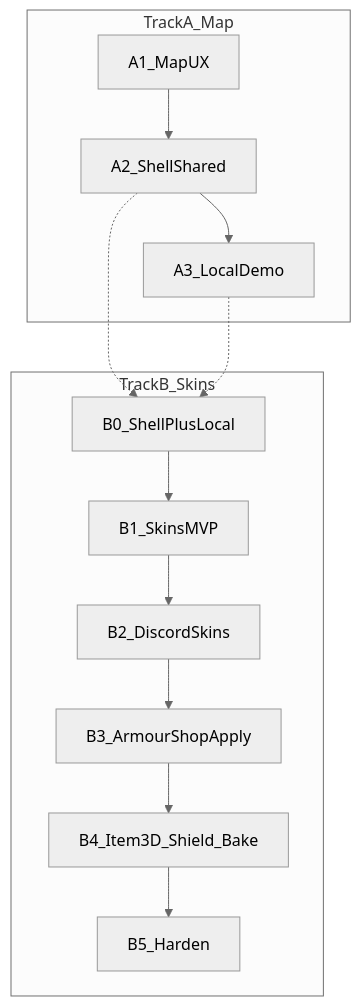
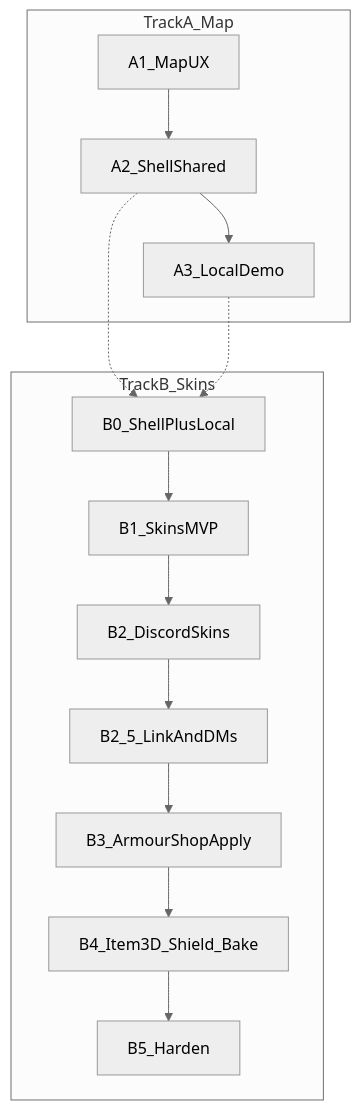
Before and after one commit to Drefvelin/ProvinceSystem: the diagram in Planning/03-roadmap.md, drawn with Mermaid (neutral theme). The commit also changed other lines of this file and 29 other files, not shown here.

````diff
--- a/Planning/03-roadmap.md
+++ b/Planning/03-roadmap.md
@@ -7,25 +7,27 @@
 ```mermaid
 flowchart TD
   subgraph trackA [TrackA_Map]
     A1[A1_MapUX]
     A2[A2_ShellShared]
     A3[A3_LocalDemo]
     A1 --> A2
     A2 --> A3
   end
   subgraph trackB [TrackB_Skins]
     B0[B0_ShellPlusLocal]
     B1[B1_SkinsMVP]
     B2[B2_DiscordSkins]
+    B25[B2_5_LinkAndDMs]
     B3[B3_ArmourShopApply]
     B4[B4_Item3D_Shield_Bake]
     B5[B5_Harden]
     B0 --> B1
     B1 --> B2
-    B2 --> B3
+    B2 --> B25
+    B25 --> B3
     B3 --> B4
     B4 --> B5
   end
   A2 -.-> B0
   A3 -.-> B0
 ```
````
